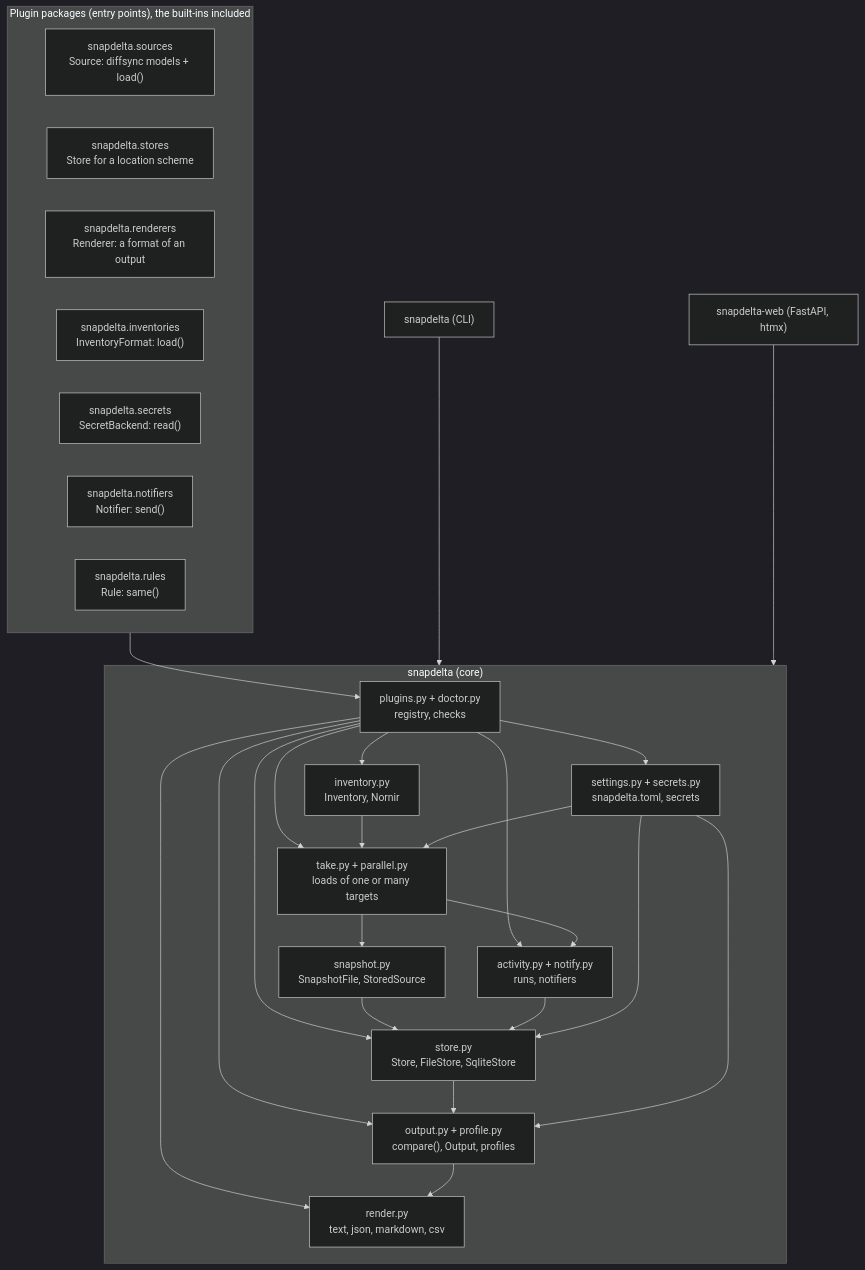
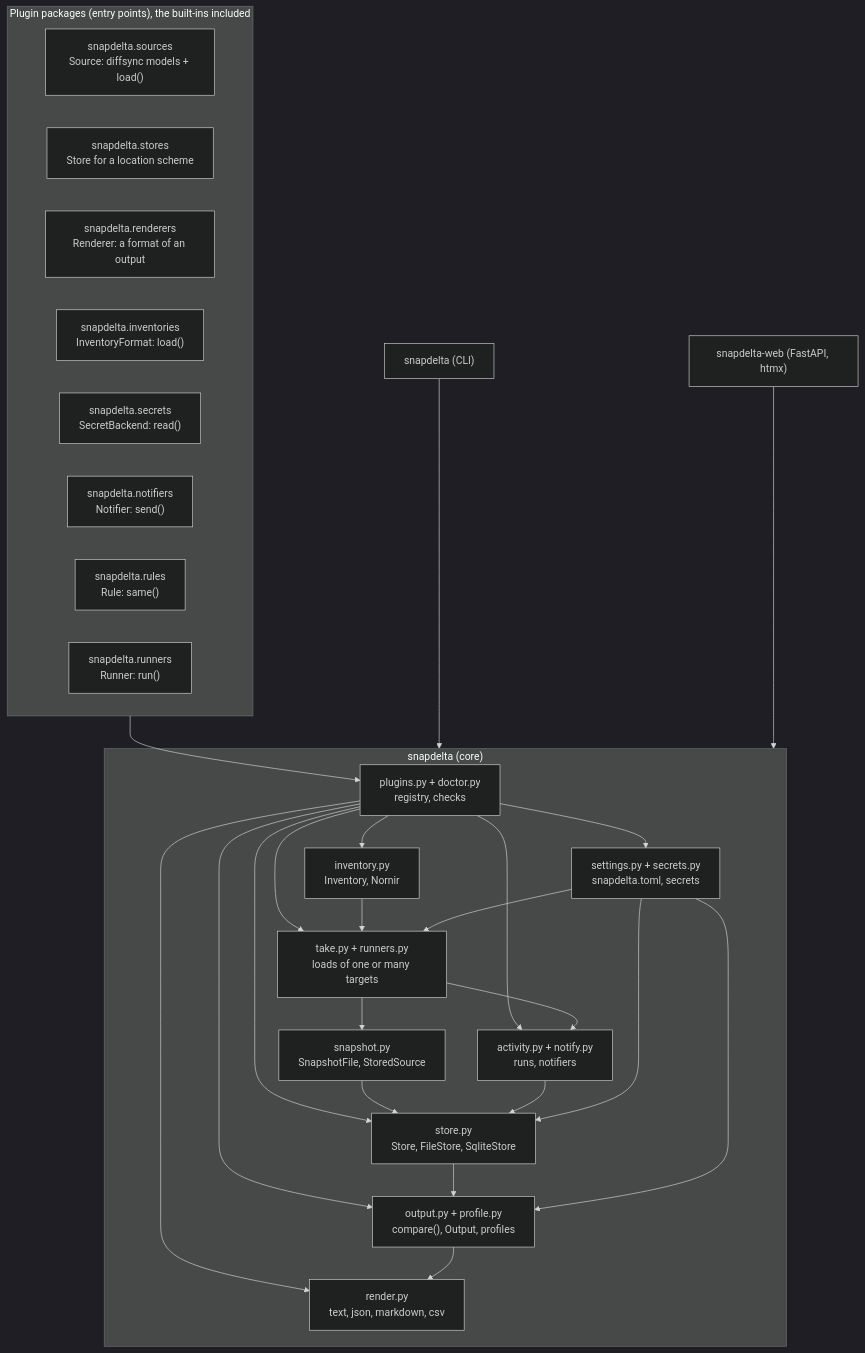
The first of 2 diagrams in docs/architecture.md (antoinekh/snapdelta), drawn with Mermaid (dark theme) before and after one commit. The commit also changed other lines of this file and 20 other files, not shown here.

Commit message:
feat(runners): run the loads of a snapshot with runner plugins, with threads and processes built in

````diff
--- a/docs/architecture.md
+++ b/docs/architecture.md
@@ -18,34 +18,35 @@
 ```mermaid
 flowchart TB
     subgraph plugin["Plugin packages (entry points), the built-ins included"]
         S["snapdelta.sources<br/>Source: diffsync models + load()"]
         B["snapdelta.stores<br/>Store for a location scheme"]
         F["snapdelta.renderers<br/>Renderer: a format of an output"]
         I["snapdelta.inventories<br/>InventoryFormat: load()"]
         K["snapdelta.secrets<br/>SecretBackend: read()"]
         N["snapdelta.notifiers<br/>Notifier: send()"]
         R["snapdelta.rules<br/>Rule: same()"]
+        U["snapdelta.runners<br/>Runner: run()"]
     end
     subgraph core["snapdelta (core)"]
         PL["plugins.py + doctor.py<br/>registry, checks"]
         SN["snapshot.py<br/>SnapshotFile, StoredSource"]
         CO["output.py + profile.py<br/>compare(), Output, profiles"]
         ST["store.py<br/>Store, FileStore, SqliteStore"]
         RE["render.py<br/>text, json, markdown, csv"]
-        TA["take.py + parallel.py<br/>loads of one or many targets"]
+        TA["take.py + runners.py<br/>loads of one or many targets"]
         AC["activity.py + notify.py<br/>runs, notifiers"]
         SE["settings.py + secrets.py<br/>snapdelta.toml, secrets"]
         IN["inventory.py<br/>Inventory, Nornir"]
     end
     CLI["snapdelta (CLI)"]
     WEB["snapdelta-web (FastAPI, htmx)"]
     plugin --> PL
     PL --> TA & ST & RE & IN & SE & AC & CO
     IN --> TA
     TA --> SN --> ST
     TA --> AC --> ST
     ST --> CO --> RE
     SE --> TA & ST & CO
     CLI --> core
     WEB --> core
 ```
````
